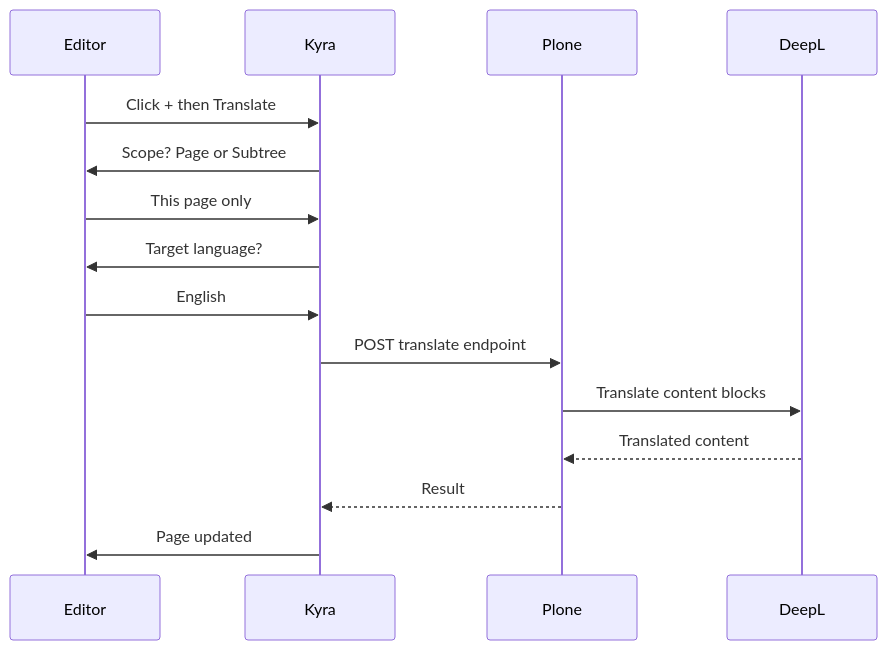
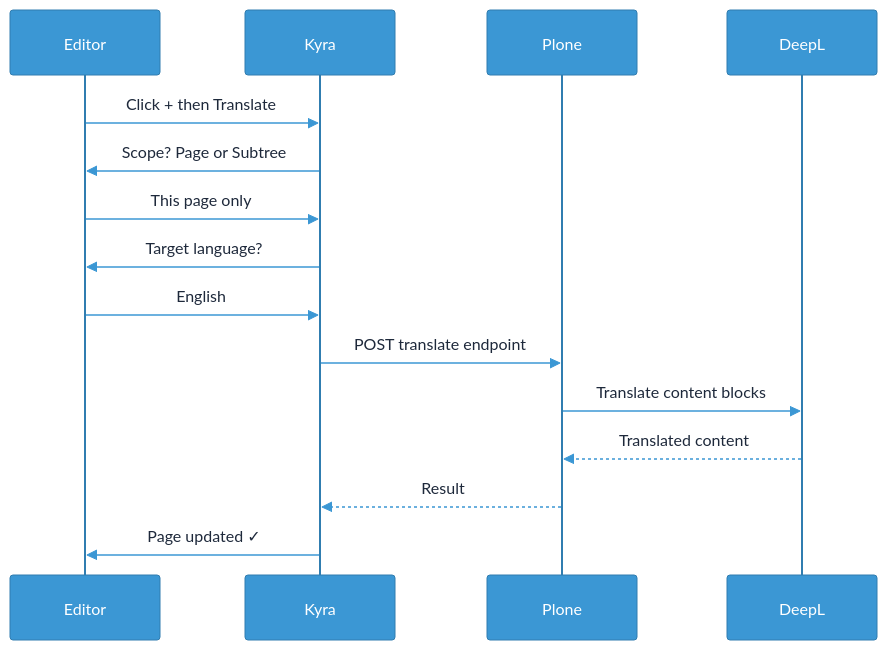
The first of 6 diagrams in README.md (interaktivgmbh/volto-interaktiv-kyra), drawn with Mermaid before and after one commit. The commit also changed other lines of this file, not shown here.

Commit message:
Enhance README with updated interactive showcase, refined Mermaid diagrams, and improved visualization styles

````diff
--- a/README.md
+++ b/README.md
@@ -39,18 +47,19 @@
 ```mermaid
+%%{init: {'theme': 'base', 'themeVariables': {'primaryColor': '#e8f4fd', 'primaryBorderColor': '#3b97d4', 'primaryTextColor': '#1e293b', 'lineColor': '#3b97d4', 'signalColor': '#3b97d4', 'actorBkg': '#3b97d4', 'actorTextColor': '#fff', 'actorBorder': '#307db0', 'noteBkgColor': '#fef9c3', 'noteBorderColor': '#eab308'}}}%%
 sequenceDiagram
     participant Editor
     participant Kyra
     participant Plone
     participant DeepL
 
     Editor->>Kyra: Click + then Translate
     Kyra->>Editor: Scope? Page or Subtree
     Editor->>Kyra: This page only
     Kyra->>Editor: Target language?
     Editor->>Kyra: English
     Kyra->>Plone: POST translate endpoint
     Plone->>DeepL: Translate content blocks
     DeepL-->>Plone: Translated content
     Plone-->>Kyra: Result
-    Kyra->>Editor: Page updated
+    Kyra->>Editor: Page updated ✓
 ```
````
